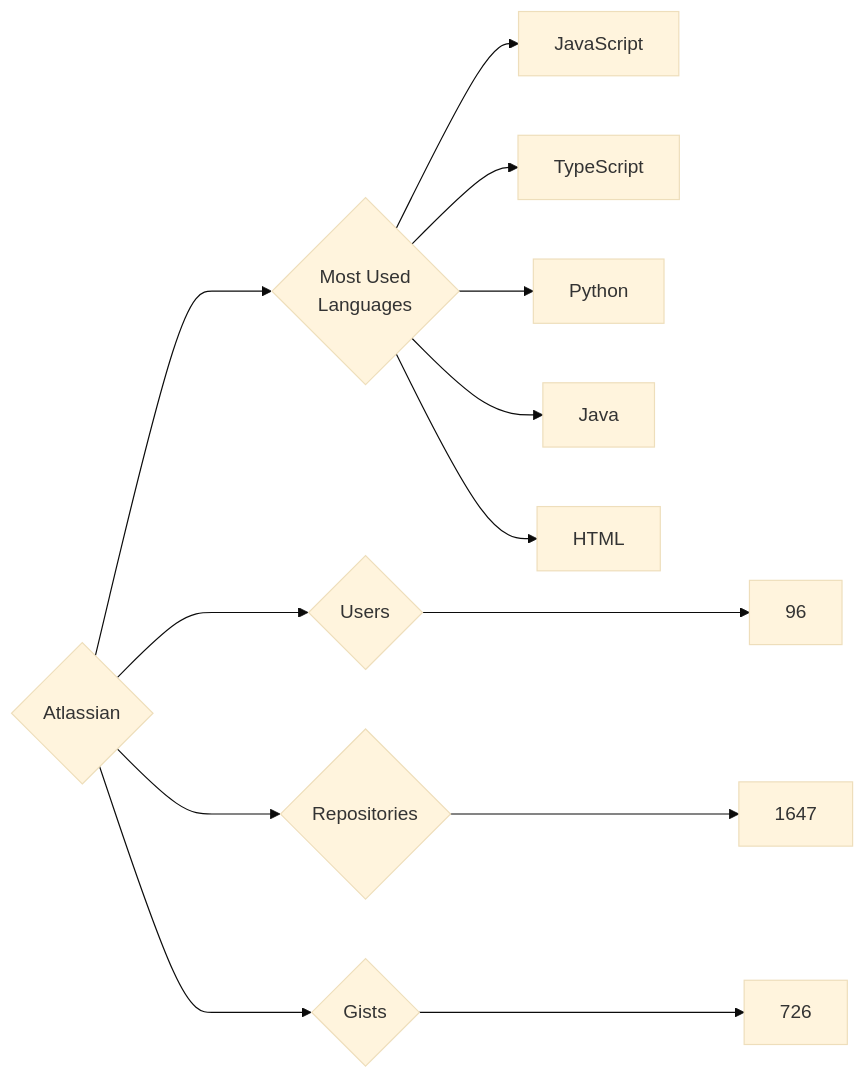
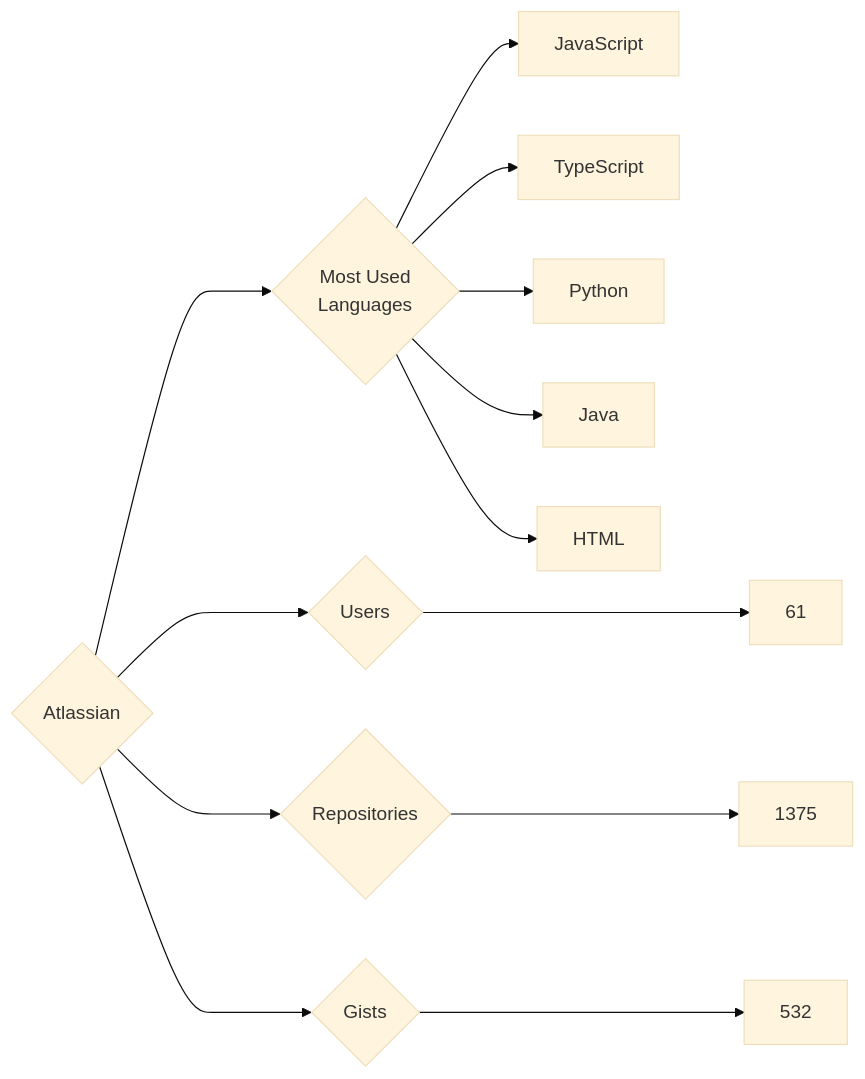
Before and after one commit to trickest/insiders: the diagram in targets/Atlassian/README.md, drawn with Mermaid (base theme). The commit also changed 682 other files, not shown here.

````diff
--- a/targets/Atlassian/README.md
+++ b/targets/Atlassian/README.md
@@ -3,13 +3,13 @@
 ```mermaid
 graph LR
 COMPANY_NAME{Atlassian}
-COMPANY_NAME ---> U{Users} ---> UN[96]
-COMPANY_NAME ---> R{Repositories} ---> RN[1647]
-COMPANY_NAME ---> G{Gists} ---> GN[726]
+COMPANY_NAME ---> U{Users} ---> UN[61]
+COMPANY_NAME ---> R{Repositories} ---> RN[1375]
+COMPANY_NAME ---> G{Gists} ---> GN[532]
 COMPANY_NAME ---> ML{Most Used<br>Languages}
 ML --> JavaScript[JavaScript]
 ML --> TypeScript[TypeScript]
 ML --> Python[Python]
 ML --> Java[Java]
 ML --> HTML[HTML]
 ```
````
